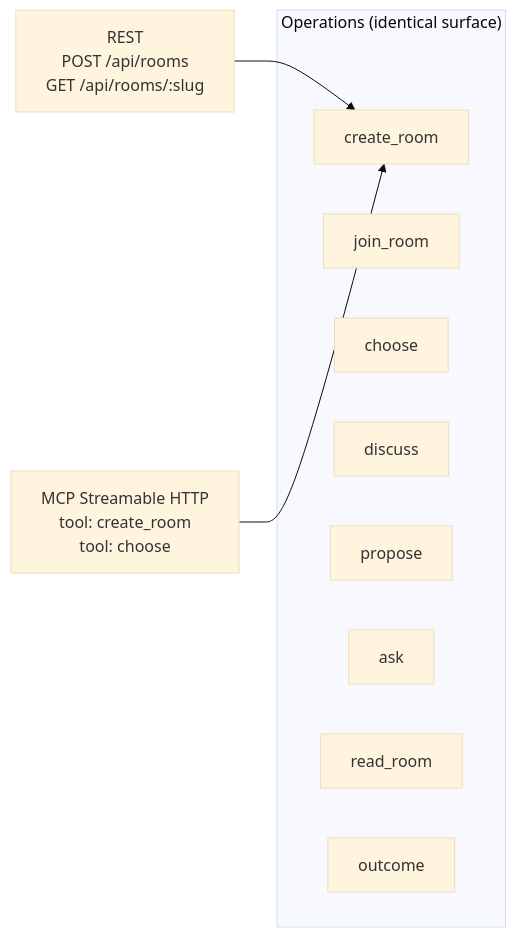
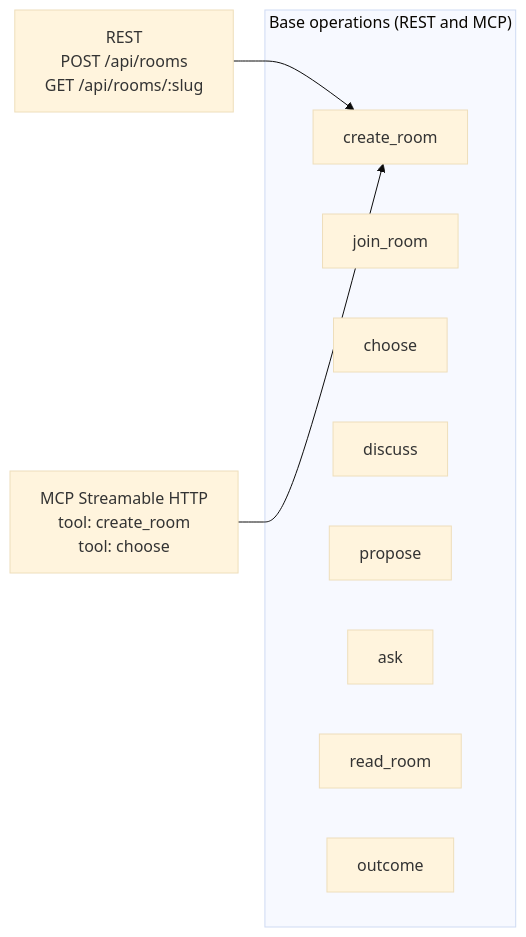
The second of 3 diagrams in apps/docs/content/docs/architecture.mdx (Group-Resolution-Protocol/grp), drawn with Mermaid (base theme) before and after one commit. The commit also changed other lines of this file and 31 other files, not shown here.

````diff
--- a/apps/docs/content/docs/architecture.mdx
+++ b/apps/docs/content/docs/architecture.mdx
@@ -60,15 +69,15 @@
 ```mermaid
 flowchart LR
-  subgraph "Operations (identical surface)"
+  subgraph "Base operations (REST and MCP)"
     op1[create_room]
     op2[join_room]
     op3[choose]
     op4[discuss]
     op5[propose]
     op6[ask]
     op7[read_room]
     op8[outcome]
   end
   REST[REST<br/>POST /api/rooms<br/>GET /api/rooms/:slug] --> op1
   MCP[MCP Streamable HTTP<br/>tool: create_room<br/>tool: choose] --> op1
 ```
````
